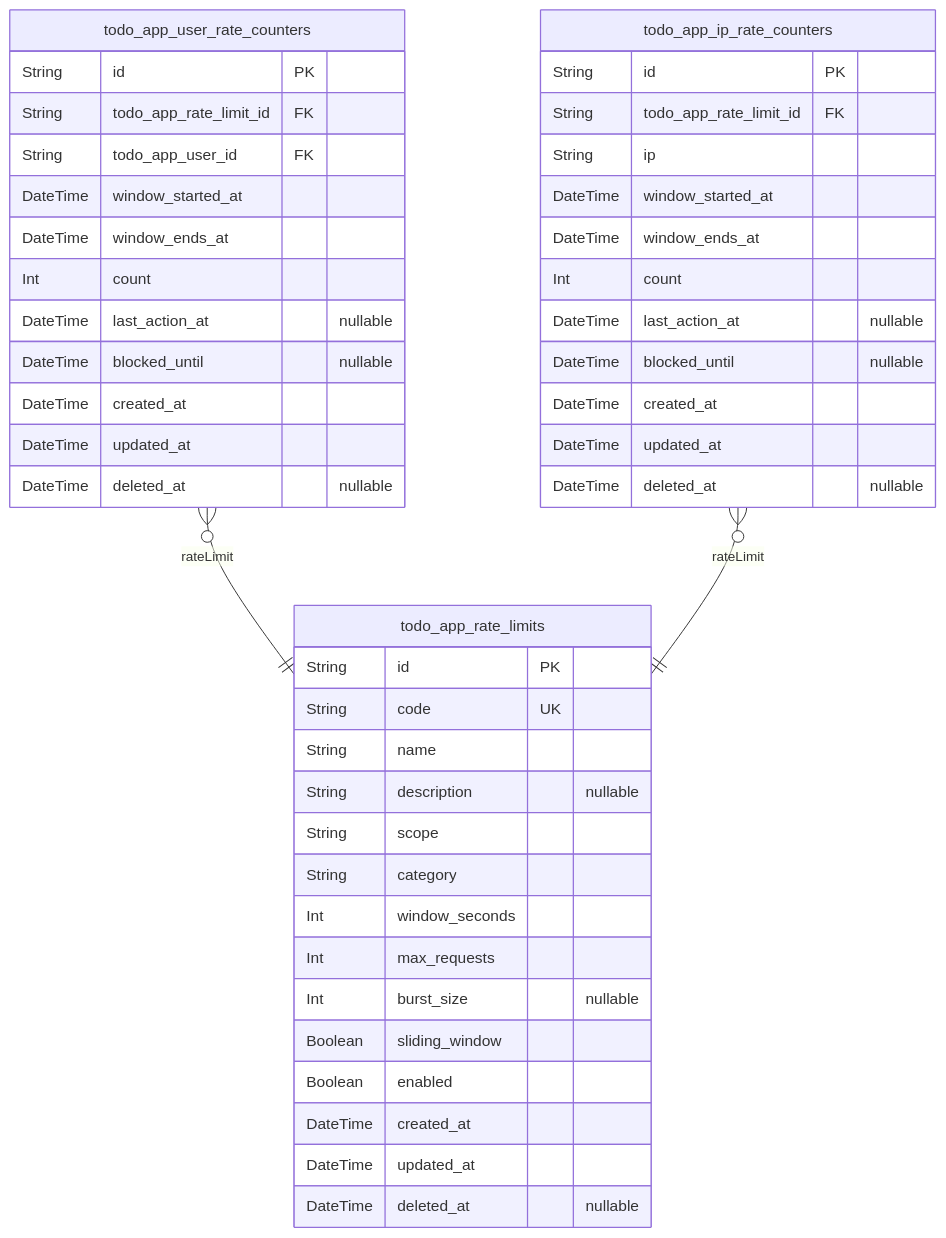
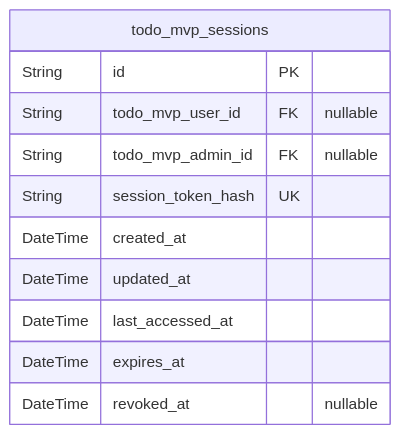
Before and after one commit to wrtnlabs/autobe-example-todo-openai-gpt-5: the second of 4 diagrams in docs/ERD.md, drawn with Mermaid. The commit also changed other lines of this file and 957 other files, not shown here.

````diff
--- a/docs/ERD.md
+++ b/docs/ERD.md
@@ -1255,47 +109,14 @@
 ```mermaid
 erDiagram
-"todo_app_rate_limits" {
+"todo_mvp_sessions" {
   String id PK
-  String code UK
-  String name
-  String description "nullable"
-  String scope
-  String category
-  Int window_seconds
-  Int max_requests
-  Int burst_size "nullable"
-  Boolean sliding_window
-  Boolean enabled
+  String todo_mvp_user_id FK "nullable"
+  String todo_mvp_admin_id FK "nullable"
+  String session_token_hash UK
   DateTime created_at
   DateTime updated_at
-  DateTime deleted_at "nullable"
+  DateTime last_accessed_at
+  DateTime expires_at
+  DateTime revoked_at "nullable"
 }
-"todo_app_user_rate_counters" {
-  String id PK
-  String todo_app_rate_limit_id FK
-  String todo_app_user_id FK
-  DateTime window_started_at
-  DateTime window_ends_at
-  Int count
-  DateTime last_action_at "nullable"
-  DateTime blocked_until "nullable"
-  DateTime created_at
-  DateTime updated_at
-  DateTime deleted_at "nullable"
-}
-"todo_app_ip_rate_counters" {
-  String id PK
-  String todo_app_rate_limit_id FK
-  String ip
-  DateTime window_started_at
-  DateTime window_ends_at
-  Int count
-  DateTime last_action_at "nullable"
-  DateTime blocked_until "nullable"
-  DateTime created_at
-  DateTime updated_at
-  DateTime deleted_at "nullable"
-}
-"todo_app_user_rate_counters" }o--|| "todo_app_rate_limits" : rateLimit
-"todo_app_ip_rate_counters" }o--|| "todo_app_rate_limits" : rateLimit
 ```
````
